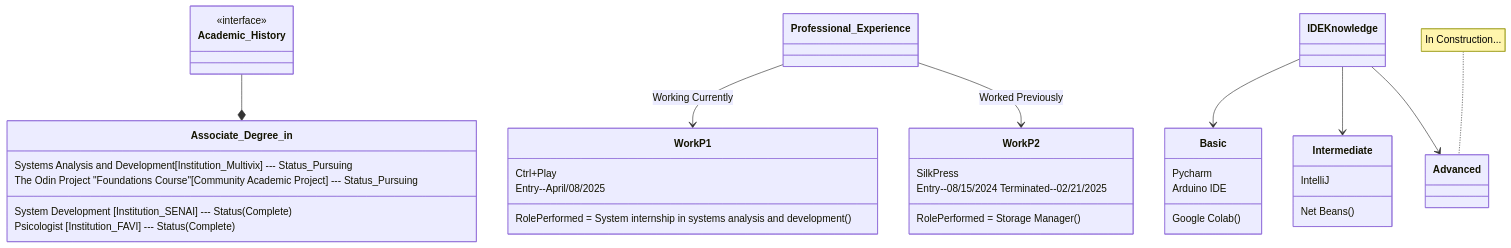
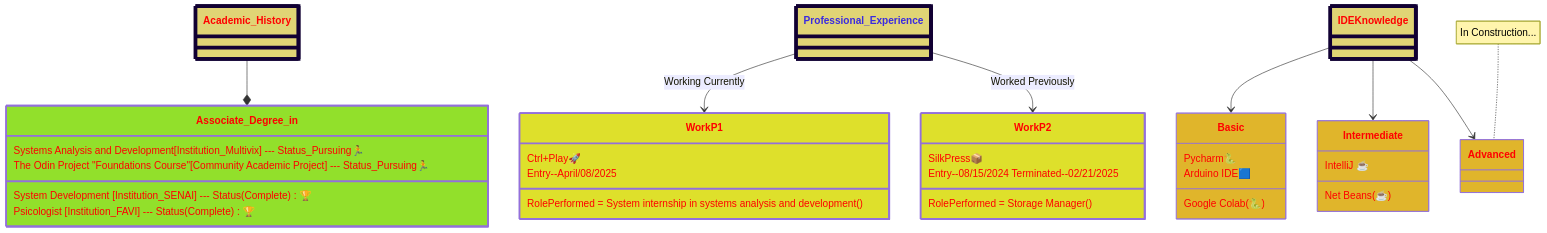
Before and after one commit to Breno-M-G/see-my-resume: the first of 3 diagrams in README.md, drawn with Mermaid.

Commit message:
First_Styling_Management

````diff
--- a/README.md
+++ b/README.md
@@ -5,40 +5,62 @@
 ``` mermaid
 classDiagram
 
+%%Academic History chart
 Academic_History --* Associate_Degree_in
-Associate_Degree_in : Systems Analysis and Development[Institution_Multivix] --- Status_Pursuing
-Associate_Degree_in : The Odin Project "Foundations Course"[Community Academic Project] --- Status_Pursuing
-Associate_Degree_in : System Development [Institution_SENAI] --- Status(Complete)
-Associate_Degree_in : Psicologist [Institution_FAVI] --- Status(Complete)
-<<interface>> Academic_History
+Associate_Degree_in : Systems Analysis and Development[Institution_Multivix] --- Status_Pursuing🏃
+Associate_Degree_in : The Odin Project "Foundations Course"[Community Academic Project] --- Status_Pursuing🏃
+Associate_Degree_in : System Development [Institution_SENAI] --- Status(Complete)🏆
+Associate_Degree_in : Psicologist [Institution_FAVI] --- Status(Complete)🏆
+
+%%Work place chart
 Professional_Experience--> WorkP1 : Working Currently
 Professional_Experience --> WorkP2: Worked Previously
 
-WorkP1 : Ctrl+Play
+WorkP1 : Ctrl+Play🚀
 WorkP1 : Entry--April/08/2025
 WorkP1 : RolePerformed = System internship in systems analysis and development()
 
-WorkP2 : SilkPress
+WorkP2 : SilkPress📦
 WorkP2 : Entry--08/15/2024 Terminated--02/21/2025
 WorkP2 : RolePerformed = Storage Manager()
 
-
+%%IDE Knowledge Chart
 IDE Knowledge --> Basic
 IDE Knowledge --> Intermediate
 IDE Knowledge --> Advanced
 
 class Basic {
-    Pycharm
-    Arduino IDE
-    Google Colab()
+    Pycharm🐍
+    Arduino IDE🟦
+    Google Colab(🐍)
 }   
 class Intermediate {
-   Net Beans()   
-   IntelliJ 
+   Net Beans(☕)   
+   IntelliJ ☕
 }
 note for Advanced "In Construction..."
 class Advanced { 
  
 }
 
+%%Style Code
+classDef default fill:#E0CB2B,color:red
+
+class Professional_Experience:::mainclass
+classDef mainclass color:#3A2BE0
+
+
+style Associate_Degree_in fill:#92E02B,stroke-width:3px
+
+style WorkP1 fill:#DEE02B,stroke-width:3px
+style WorkP2 fill:#DEE02B,stroke-width:3px
+
+style Basic fill:#E0B52B
+style Intermediate fill:#E0B52B
+style Advanced fill:#E0B52B
+
+style Professional_Experience fill:#E0D475,stroke:#103,stroke-width:6px
+style IDEKnowledge fill:#E0D475,stroke:#103,stroke-width:6px
+style Academic_History fill:#E0D475,stroke:#103,stroke-width:6px
+
 ```
````
